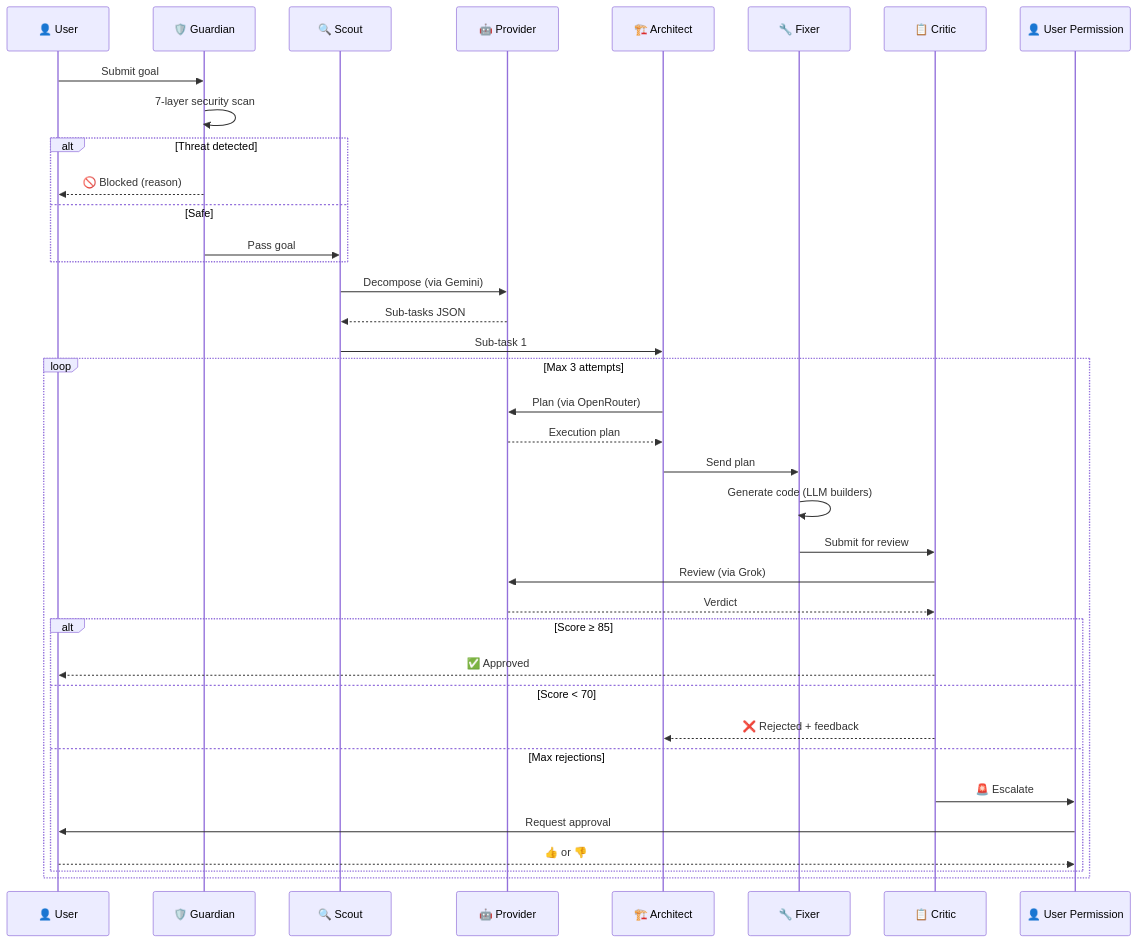
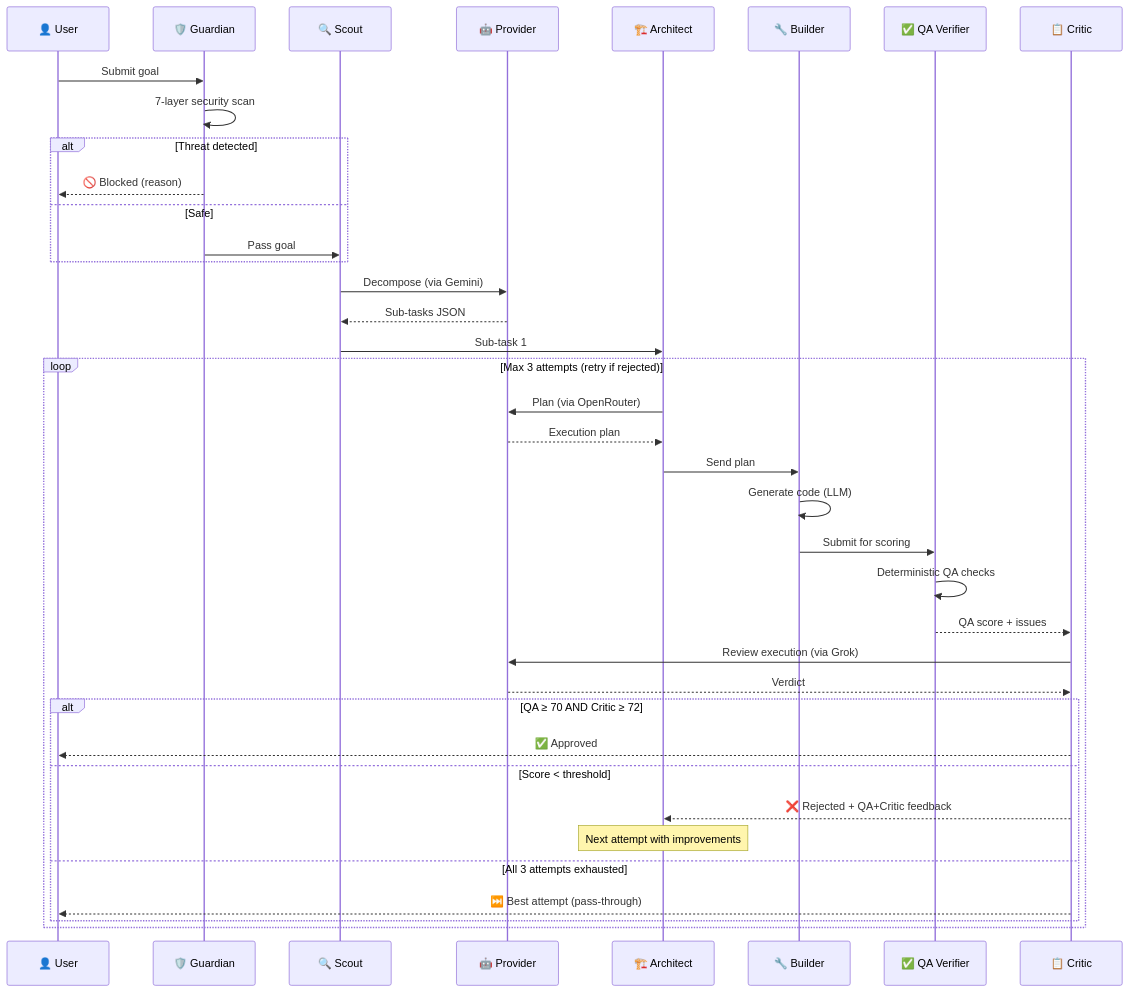
Before and after one commit to namanhere23/DevMatrix: the second of 4 diagrams in README.md, drawn with Mermaid. The commit also changed other lines of this file and 5 other files, not shown here.

````diff
--- a/README.md
+++ b/README.md
@@ -114,44 +114,45 @@
 ```mermaid
 sequenceDiagram
     participant U as 👤 User
     participant G as 🛡️ Guardian
     participant S as 🔍 Scout
     participant P as 🤖 Provider
     participant A as 🏗️ Architect
-    participant F as 🔧 Fixer
+    participant B as 🔧 Builder
+    participant Q as ✅ QA Verifier
     participant C as 📋 Critic
-    participant H as 👤 User Permission
 
     U->>G: Submit goal
     G->>G: 7-layer security scan
 
     alt Threat detected
         G-->>U: 🚫 Blocked (reason)
     else Safe
         G->>S: Pass goal
     end
 
     S->>P: Decompose (via Gemini)
     P-->>S: Sub-tasks JSON
     S->>A: Sub-task 1
 
-    loop Max 3 attempts
+    loop Max 3 attempts (retry if rejected)
         A->>P: Plan (via OpenRouter)
         P-->>A: Execution plan
-        A->>F: Send plan
-        F->>F: Generate code (LLM builders)
-        F->>C: Submit for review
-        C->>P: Review (via Grok)
+        A->>B: Send plan
+        B->>B: Generate code (LLM)
+        B->>Q: Submit for scoring
+        Q->>Q: Deterministic QA checks
+        Q-->>C: QA score + issues
+        C->>P: Review execution (via Grok)
         P-->>C: Verdict
 
-        alt Score ≥ 85
+        alt QA ≥ 70 AND Critic ≥ 72
             C-->>U: ✅ Approved
-        else Score < 70
-            C-->>A: ❌ Rejected + feedback
-        else Max rejections
-            C->>H: 🚨 Escalate
-            H->>U: Request approval
-            U-->>H: 👍 or 👎
+        else Score < threshold
+            C-->>A: ❌ Rejected + QA+Critic feedback
+            Note over A: Next attempt with improvements
+        else All 3 attempts exhausted
+            C-->>U: ⏭️ Best attempt (pass-through)
         end
     end
 ```
````
